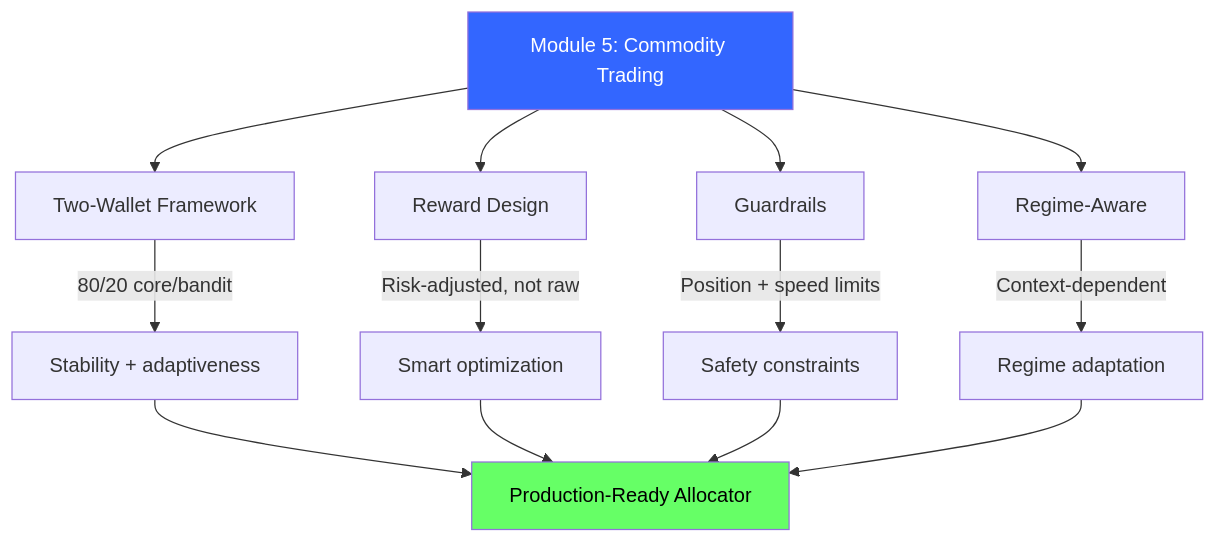
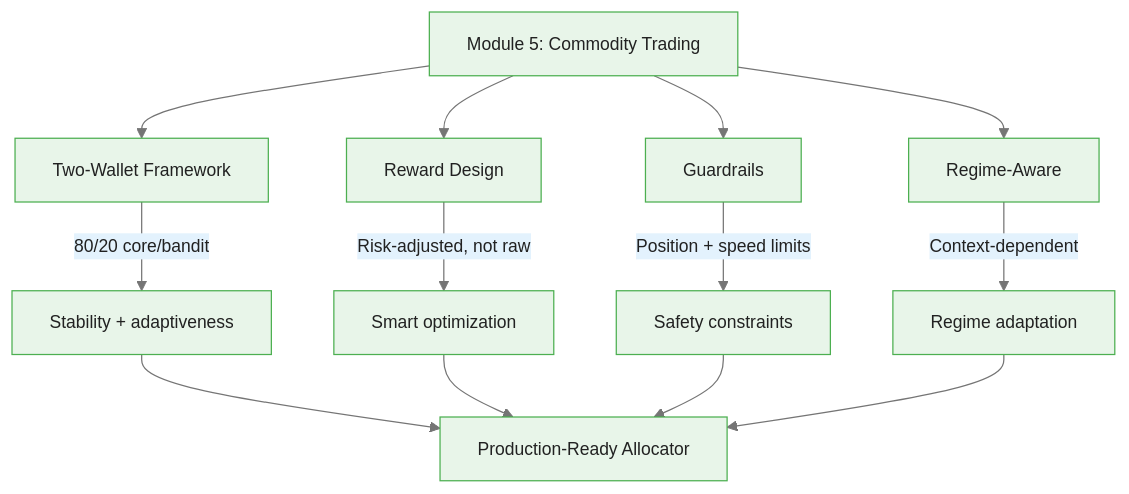
Before and after one commit to m-deane/course-creator: the fourth of 4 diagrams in courses/multi-armed-bandits-ab-testing/modules/module_05_commodity_trading_bandits/guides/cheatsheet_slides.md, drawn with Mermaid. The commit also changed other lines of this file and 146 other files, not shown here.

````diff
--- a/courses/multi-armed-bandits-ab-testing/modules/module_05_commodity_trading_bandits/guides/cheatsheet_slides.md
+++ b/courses/multi-armed-bandits-ab-testing/modules/module_05_commodity_trading_bandits/guides/cheatsheet_slides.md
@@ -207,17 +244,15 @@
 ```mermaid
+%%{init: {"theme": "base", "themeVariables": {"primaryColor": "#e8f5e9", "primaryBorderColor": "#4caf50", "primaryTextColor": "#212121", "secondaryColor": "#e3f2fd", "tertiaryColor": "#fff8e1", "lineColor": "#757575", "fontFamily": "Inter, sans-serif", "fontSize": "14px"}}}%%
 flowchart TD
     M5["Module 5: Commodity Trading"] --> TW_v["Two-Wallet Framework"]
     M5 --> RD_v["Reward Design"]
     M5 --> GR_v["Guardrails"]
     M5 --> RA_v["Regime-Aware"]
 
     TW_v --> |"80/20 core/bandit"| Stable["Stability + adaptiveness"]
     RD_v --> |"Risk-adjusted, not raw"| Smart["Smart optimization"]
     GR_v --> |"Position + speed limits"| Safe_v["Safety constraints"]
     RA_v --> |"Context-dependent"| Adaptive["Regime adaptation"]
 
     Stable & Smart & Safe_v & Adaptive --> Production["Production-Ready Allocator"]
-
-    style M5 fill:#36f,color:#fff
-    style Production fill:#6f6,color:#000
 ```
````
